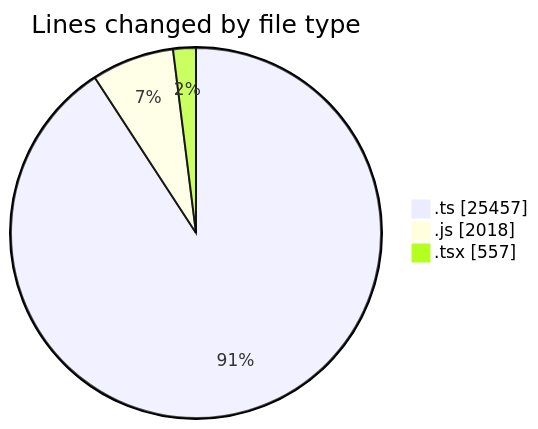
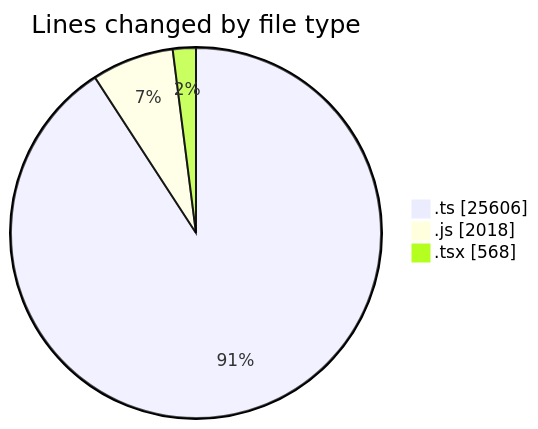
One commit to momahboobian/code-tracking changed the first of 2 diagrams in 2025-06-20/cda/README.md. Above: the diagram before and after it, drawn with Mermaid. The commit also changed other lines of this file and 1 other file, not shown here.

````diff
--- a/2025-06-20/cda/README.md
+++ b/2025-06-20/cda/README.md
@@ -40,7 +41,7 @@
 ```mermaid
 pie showData
 title Lines changed by file type
-".ts" : 25457
+".ts" : 25606
 ".js" : 2018
-".tsx" : 557
+".tsx" : 568
 ```
````
